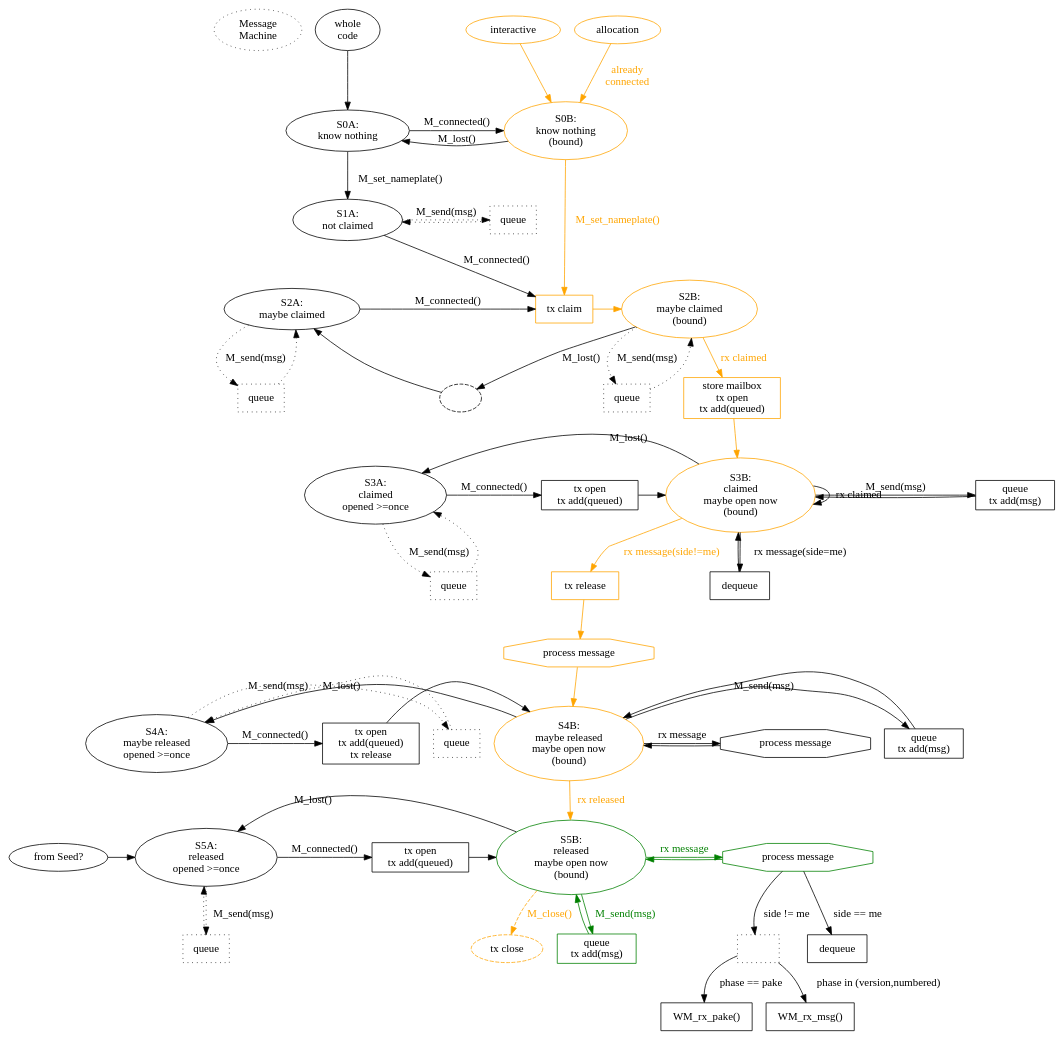
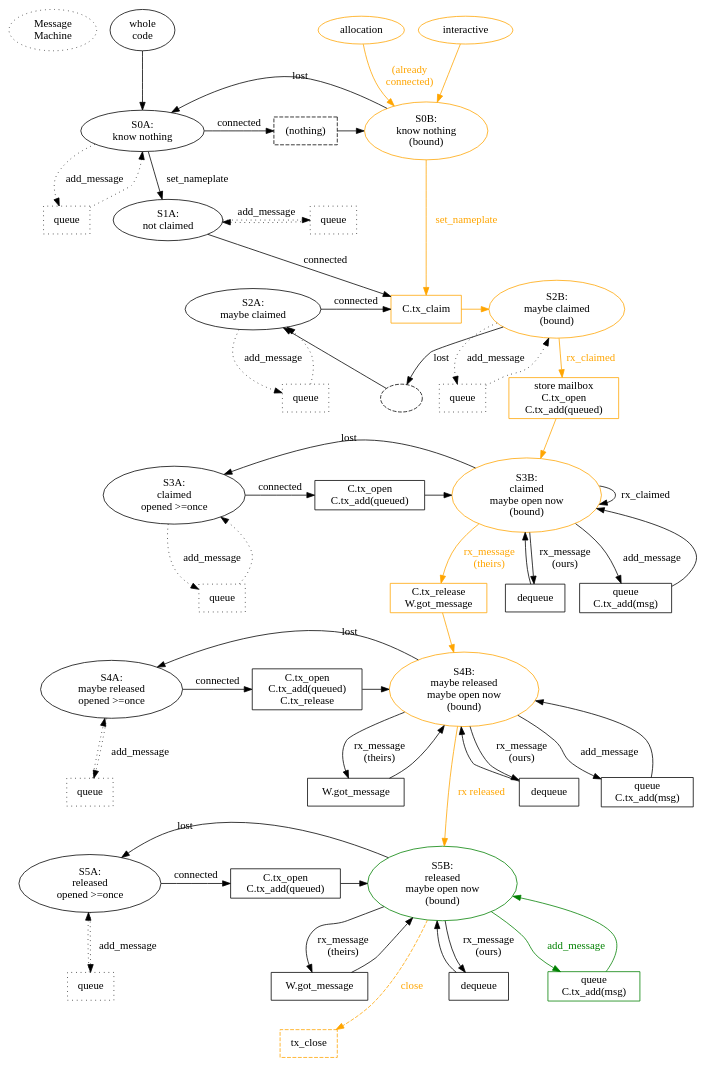
The diagram in docs/mailbox.dot (magic-wormhole/magic-wormhole), drawn with Graphviz before and after one commit. The commit also changed 2 other files, not shown here.

Commit message:
make mailbox/mailbox_close/machines consistent
finally get mailbox.png layout good enough

```diff
--- a/docs/mailbox.dot
+++ b/docs/mailbox.dot
@@ -1,147 +1,157 @@
 digraph {
         /* new idea */
 
-        {rank=same; M_title M_entry_whole_code M_entry_allocation M_entry_interactive}
-        M_entry_whole_code [label="whole\ncode"]
-        M_entry_whole_code -> M_S0A
-        M_title [label="Message\nMachine" style="dotted"]
+        {rank=same; title entry_whole_code entry_allocation entry_interactive}
+        entry_whole_code [label="whole\ncode"]
+        entry_whole_code -> S0A
+        title [label="Message\nMachine" style="dotted"]
 
-        M_entry_allocation [label="allocation" color="orange"]
-        M_entry_allocation -> M_S0B [label="already\nconnected" color="orange" fontcolor="orange"]
-        M_entry_interactive [label="interactive" color="orange"]
-        M_entry_interactive -> M_S0B [color="orange"]
+        entry_allocation [label="allocation" color="orange"]
+        entry_allocation -> S0B [label="(already\nconnected)"
+                                     color="orange" fontcolor="orange"]
+        entry_interactive [label="interactive" color="orange"]
+        entry_interactive -> S0B [color="orange"]
 
-        {rank=same; M_S0A M_S0B}
-        M_S0A [label="S0A:\nknow nothing"]
-        M_S0B [label="S0B:\nknow nothing\n(bound)" color="orange"]
-        M_S0A -> M_S0B [label="M_connected()"]
-        M_S0B -> M_S0A [label="M_lost()"]
+        {rank=same; S0A P0_connected S0B}
+        S0A [label="S0A:\nknow nothing"]
+        S0B [label="S0B:\nknow nothing\n(bound)" color="orange"]
+        S0A -> P0_connected [label="connected"]
+        P0_connected [label="(nothing)" shape="box" style="dashed"]
+        P0_connected -> S0B
+        S0B -> S0A [label="lost"]
 
-        M_S0A -> M_S1A [label="M_set_nameplate()"]
-        M_S0B -> M_P2_claim [label="M_set_nameplate()" color="orange" fontcolor="orange"]
+        S0A -> S1A [label="set_nameplate"]
+        S0B -> P2_connected [label="set_nameplate" color="orange" fontcolor="orange"]
+        P0A_queue [shape="box" label="queue" style="dotted"]
+        S0A -> P0A_queue [label="add_message" style="dotted"]
+        P0A_queue -> S0A [style="dotted"]
 
-        {rank=same; M_S1A M_P1A_queue}
-        M_S0B -> M_S2B [style="invis"]
-        M_S1A -> M_S2A [style="invis"]
-        M_S1A [label="S1A:\nnot claimed"]
-        M_S1A -> M_P2_claim [label="M_connected()"]
-        M_S1A -> M_P1A_queue [label="M_send(msg)" style="dotted"]
-        M_P1A_queue [shape="box" label="queue" style="dotted"]
-        M_P1A_queue -> M_S1A [style="dotted"]
+        {rank=same; S1A P1A_queue}
+        S1A [label="S1A:\nnot claimed"]
+        S1A -> P2_connected [label="connected"]
+        S1A -> P1A_queue [label="add_message" style="dotted"]
+        P1A_queue [shape="box" label="queue" style="dotted"]
+        P1A_queue -> S1A [style="dotted"]
 
-        {rank=same; M_S2B M_S2A M_P2_claim}
-        M_S2A [label="S2A:\nmaybe claimed"]
-        M_S2B [label="S2B:\nmaybe claimed\n(bound)" color="orange"]
-        #M_S2B -> M_SrB [label="M_close()" style="dashed"]
-        #M_SrB [label="SrB" style="dashed"]
-        #M_S2A -> M_SrA [label="M_close()" style="dashed"]
-        #M_SrA [label="SrA" style="dashed"]
+        {rank=same; S2A P2_connected S2B}
+        S2A [label="S2A:\nmaybe claimed"]
+        S2A -> P2_connected [label="connected"]
+        P2_connected [shape="box" label="C.tx_claim" color="orange"]
+        P2_connected -> S2B [color="orange"]
+        S2B [label="S2B:\nmaybe claimed\n(bound)" color="orange"]
+        #S2B -> SrB [label="close()" style="dashed"]
+        #SrB [label="SrB" style="dashed"]
+        #S2A -> SrA [label="close()" style="dashed"]
+        #SrA [label="SrA" style="dashed"]
 
-        M_S2A -> M_P2_claim [label="M_connected()"]
-        #M_S2B -> M_S2A [label="M_lost()"] # causes bad layout
-        M_S2B -> foo [label="M_lost()"]
+        #S2B -> S2A [label="lost"] # causes bad layout
+        S2B -> foo [label="lost"]
         foo [label="" style="dashed"]
-        foo -> M_S2A
+        foo -> S2A
 
-        M_P2_claim [shape="box" label="tx claim" color="orange"]
-        M_P2_claim -> M_S2B [color="orange"]
-        M_S2A -> M_P2C_queue [label="M_send(msg)" style="dotted"]
-        M_P2C_queue [shape="box" label="queue" style="dotted"]
-        M_P2C_queue -> M_S2A [style="dotted"]
-        M_S2B -> M_P2B_queue [label="M_send(msg)" style="dotted"]
-        M_P2B_queue [shape="box" label="queue" style="dotted"]
-        M_P2B_queue -> M_S2B [style="dotted"]
+        S2A -> P2C_queue [label="add_message" style="dotted"]
+        P2C_queue [shape="box" label="queue" style="dotted"]
+        P2C_queue -> S2A [style="dotted"]
+        S2B -> P2B_queue [label="add_message" style="dotted"]
+        P2B_queue [shape="box" label="queue" style="dotted"]
+        P2B_queue -> S2B [style="dotted"]
 
-        M_S1A -> M_S3A [label="(none)" style="invis"]
-        M_S2B -> M_P_open [label="rx claimed" color="orange" fontcolor="orange"]
-        M_P_open [shape="box" label="store mailbox\ntx open\ntx add(queued)" color="orange"]
-        M_P_open -> M_S3B [color="orange"]
+        S1A -> S3A [label="(none)" style="invis"]
+        S2B -> P_open [label="rx_claimed" color="orange" fontcolor="orange"]
+        P_open [shape="box" label="store mailbox\nC.tx_open\nC.tx_add(queued)" color="orange"]
+        P_open -> S3B [color="orange"]
 
-        {rank=same; M_S3A M_S3B M_P3_open M_P3_send}
-        M_S3A [label="S3A:\nclaimed\nopened >=once"]
-        M_S3B [label="S3B:\nclaimed\nmaybe open now\n(bound)" color="orange"]
-        M_S3A -> M_P3_open [label="M_connected()"]
-        M_S3B -> M_S3A [label="M_lost()"]
-        M_P3_open [shape="box" label="tx open\ntx add(queued)"]
-        M_P3_open -> M_S3B
-        M_S3B -> M_S3B [label="rx claimed"]
-        M_S3B -> M_P3_send [label="M_send(msg)"]
-        M_P3_send [shape="box" label="queue\ntx add(msg)"]
-        M_P3_send -> M_S3B
-        M_S3A -> M_P3_queue [label="M_send(msg)" style="dotted"]
-        M_P3_queue [shape="box" label="queue" style="dotted"]
-        M_P3_queue -> M_S3A [style="dotted"]
+        subgraph {rank=same; S3A S3B P3_connected}
+        S3A [label="S3A:\nclaimed\nopened >=once"]
+        S3B [label="S3B:\nclaimed\nmaybe open now\n(bound)" color="orange"]
+        S3A -> P3_connected [label="connected"]
+        S3B -> S3A [label="lost"]
 
-        M_S3A -> M_S4A [label="(none)" style="invis"]
-        M_S3B -> M_P3_process_ours [label="rx message(side=me)"]
-        M_P3_process_ours [shape="box" label="dequeue"]
-        M_P3_process_ours -> M_S3B
-        M_S3B -> M_P3_process_theirs1 [label="rx message(side!=me)" color="orange" fontcolor="orange"]
-        M_P3_process_theirs1 [shape="box" label="tx release" color="orange"]
-        M_P3_process_theirs1 -> M_P3_process_theirs2 [color="orange"]
-        M_P3_process_theirs2 [shape="octagon" label="process message" color="orange"]
+        P3_connected [shape="box" label="C.tx_open\nC.tx_add(queued)"]
+        P3_connected -> S3B
+
+        S3A -> P3_queue [label="add_message" style="dotted"]
+        P3_queue [shape="box" label="queue" style="dotted"]
+        P3_queue -> S3A [style="dotted"]
+
+        S3B -> S3B [label="rx_claimed"]
+
+        S3B -> P3_send [label="add_message"]
+        P3_send [shape="box" label="queue\nC.tx_add(msg)"]
+        P3_send -> S3B
+
+        S3A -> S4A [label="(none)" style="invis"]
+        S3B -> P3_process_ours [label="rx_message\n(ours)"]
+        P3_process_ours [shape="box" label="dequeue"]
+        P3_process_ours -> S3B
+        S3B -> P3_process_theirs [label="rx_message\n(theirs)"
+                                      color="orange" fontcolor="orange"]
+        P3_process_theirs [shape="box" label="C.tx_release\nW.got_message"
+                              color="orange"]
         /* pay attention to the race here: this process_message() will
         deliver msg_pake to the WormholeMachine, which will compute_key() and
-        M_send(version), and we're in between M_S1A (where M_send gets
-        queued) and M_S3A (where M_send gets sent and queued), and we're no
-        longer passing through the M_P3_open phase (which drains the queue).
+        send(version), and we're in between S1A (where send gets
+        queued) and S3A (where send gets sent and queued), and we're no
+        longer passing through the P3_connected phase (which drains the queue).
         So there's a real possibility of the outbound msg_version getting
         dropped on the floor, or put in a queue but never delivered. */
-        M_P3_process_theirs2 -> M_S4B [color="orange"]
+        P3_process_theirs -> S4B [color="orange"]
 
-        {rank=same; M_S4A M_P4_release M_S4B M_P4_process M_P4_send M_P4_queue}
-        M_S4A [label="S4A:\nmaybe released\nopened >=once\n"]
+        subgraph {rank=same; S4A P4_connected S4B}
+        S4A [label="S4A:\nmaybe released\nopened >=once\n"]
 
-        M_S4B [label="S4B:\nmaybe released\nmaybe open now\n(bound)" color="orange"]
-        M_S4A -> M_P4_release [label="M_connected()"]
-        M_P4_release [shape="box" label="tx open\ntx add(queued)\ntx release"]
-        M_S4B -> M_P4_send [label="M_send(msg)"]
-        M_P4_send [shape="box" label="queue\ntx add(msg)"]
-        M_P4_send -> M_S4B
-        M_S4A -> M_P4_queue [label="M_send(msg)" style="dotted"]
-        M_P4_queue [shape="box" label="queue" style="dotted"]
-        M_P4_queue -> M_S4A [style="dotted"]
+        S4B [label="S4B:\nmaybe released\nmaybe open now\n(bound)" color="orange"]
+        S4A -> P4_connected [label="connected"]
+        P4_connected [shape="box" label="C.tx_open\nC.tx_add(queued)\nC.tx_release"]
+        S4B -> P4_send [label="add_message"]
+        P4_send [shape="box" label="queue\nC.tx_add(msg)"]
+        P4_send -> S4B
+        S4A -> P4_queue [label="add_message" style="dotted"]
+        P4_queue [shape="box" label="queue" style="dotted"]
+        P4_queue -> S4A [style="dotted"]
 
-        M_P4_release -> M_S4B
-        M_S4B -> M_S4A [label="M_lost()"]
-        M_S4B -> M_P4_process [label="rx message"]
-        M_P4_process [shape="octagon" label="process message"]
-        M_P4_process -> M_S4B
+        P4_connected -> S4B
+        S4B -> S4A [label="lost"]
+        S4B -> P4_process_ours [label="rx_message\n(ours)"]
+        P4_process_ours [shape="box" label="dequeue"]
+        P4_process_ours -> S4B
+        S4B -> P4_process_theirs [label="rx_message\n(theirs)"]
+        P4_process_theirs [shape="box" label="W.got_message"]
+        P4_process_theirs -> S4B
 
-        M_S4A -> M_S5A [label="(none)" style="invis"]
-        M_S4B -> M_S5B [label="rx released" color="orange" fontcolor="orange"]
+        S4A -> S5A [label="(none)" style="invis"]
+        S4B -> S5B [label="rx released" color="orange" fontcolor="orange"]
 
-        seed [label="from Seed?"]
-        M_S3A -> seed [style="invis"]
-        M_S4A -> seed [style="invis"]
-        seed -> M_S5A
-        {rank=same; seed M_S5A M_S5B M_P5_open M_process}
-        M_S5A [label="S5A:\nreleased\nopened >=once"]
-        M_S5B [label="S5B:\nreleased\nmaybe open now\n(bound)" color="green"]
-        M_S5A -> M_P5_open [label="M_connected()"]
-        M_P5_open [shape="box" label="tx open\ntx add(queued)"]
-        M_P5_open -> M_S5B
-        M_S5B -> M_S5A [label="M_lost()"]
-        M_S5B -> M_process [label="rx message" color="green" fontcolor="green"]
-        M_process [shape="octagon" label="process message" color="green"]
-        M_process -> M_S5B [color="green"]
-        M_S5B -> M_P5_send [label="M_send(msg)" color="green" fontcolor="green"]
-        M_P5_send [shape="box" label="queue\ntx add(msg)" color="green"]
-        M_P5_send -> M_S5B [color="green"]
-        M_S5A -> M_P5_queue [label="M_send(msg)" style="dotted"]
-        M_P5_queue [shape="box" label="queue" style="dotted"]
-        M_P5_queue -> M_S5A [style="dotted"]
-        M_S5B -> M_CcB_P_close [label="M_close()" style="dashed" color="orange" fontcolor="orange"]
-        M_CcB_P_close [label="tx close" style="dashed" color="orange"]
+        P4_queue -> S5A [style="invis"]
+        subgraph {S5A P5_connected S5B}
+        {rank=same; S5A P5_connected S5B}
 
-        M_process [shape="octagon" label="process message"]
-        M_process_me [shape="box" label="dequeue"]
-        M_process -> M_process_me [label="side == me"]
-        M_process_them [shape="box" label="" style="dotted"]
-        M_process -> M_process_them [label="side != me"]
-        M_process_them -> M_process_pake [label="phase == pake"]
-        M_process_pake [shape="box" label="WM_rx_pake()"]
-        M_process_them -> M_process_other [label="phase in (version,numbered)"]
-        M_process_other [shape="box" label="WM_rx_msg()"]
+        S5A [label="S5A:\nreleased\nopened >=once"]
+        S5A -> P5_connected [label="connected"]
+        P5_connected [shape="box" label="C.tx_open\nC.tx_add(queued)"]
+
+        S5B -> P5_send [label="add_message" color="green" fontcolor="green"]
+        P5_send [shape="box" label="queue\nC.tx_add(msg)" color="green"]
+        P5_send -> S5B [color="green"]
+        S5A -> P5_queue [label="add_message" style="dotted"]
+        P5_queue [shape="box" label="queue" style="dotted"]
+        P5_queue -> S5A [style="dotted"]
+
+        P5_connected -> S5B
+        S5B [label="S5B:\nreleased\nmaybe open now\n(bound)" color="green"]
+        S5B -> S5A [label="lost"]
+
+        S5B -> P5_process_ours [label="rx_message\n(ours)"]
+        P5_process_ours [shape="box" label="dequeue"]
+        P5_process_ours -> S5B
+        S5B -> P5_process_theirs [label="rx_message\n(theirs)"]
+        P5_process_theirs [shape="box" label="W.got_message"]
+        P5_process_theirs -> S5B
+
+        foo5 [label="" style="invis"]
+        S5A -> foo5 [style="invis"]
+        foo5 -> P5_close [style="invis"]
+        S5B -> P5_close [label="close" style="dashed" color="orange" fontcolor="orange"]
+        P5_close [shape="box" label="tx_close" style="dashed" color="orange"]
 
 }
```
